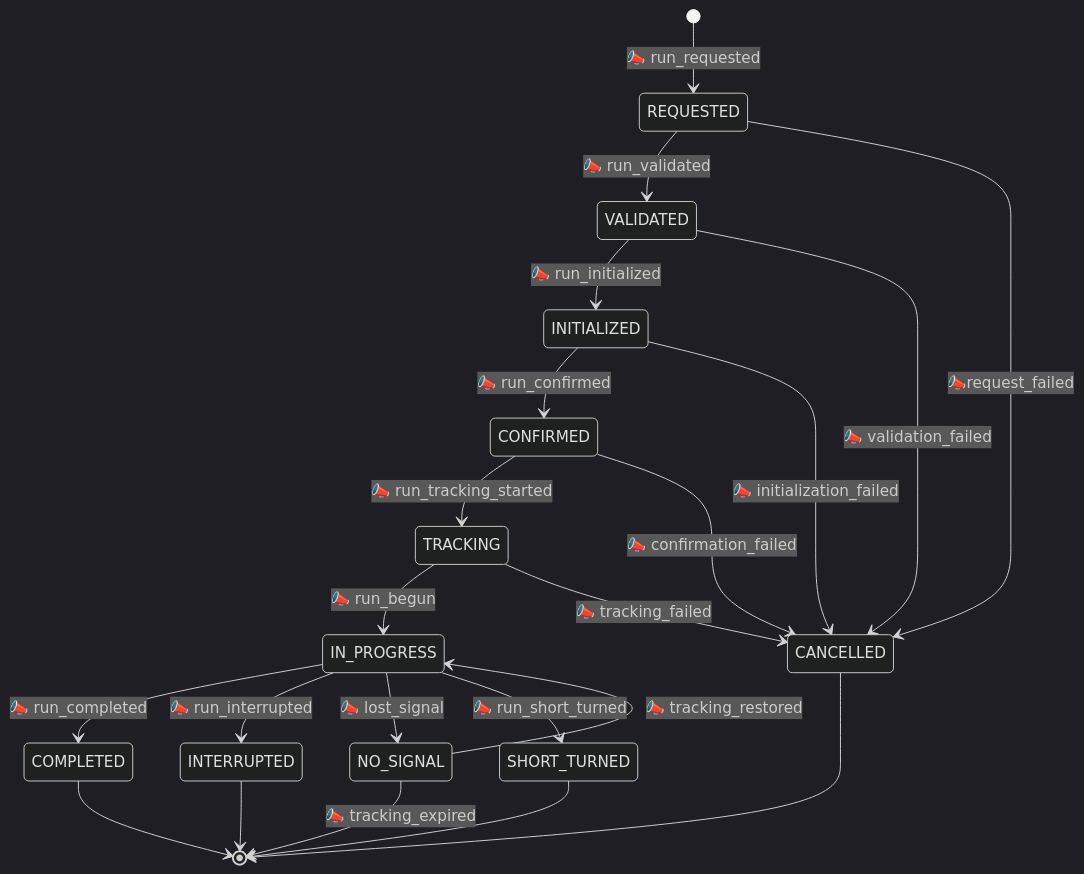
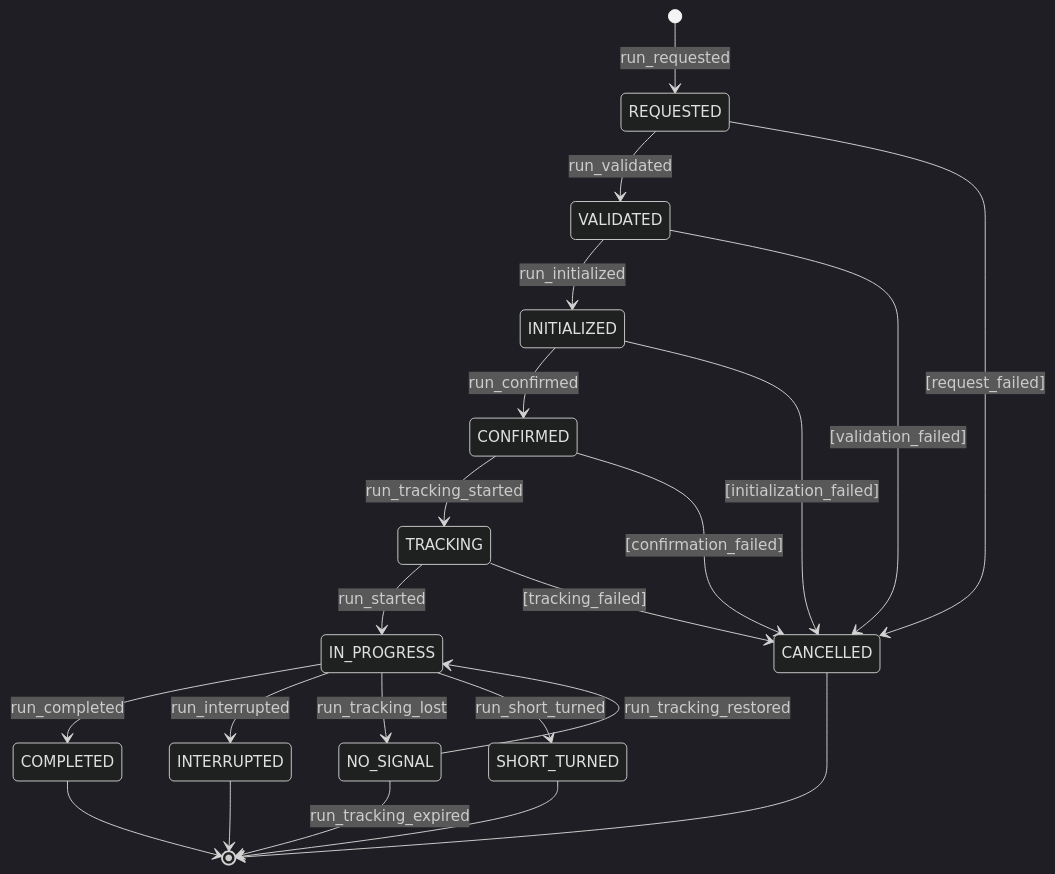
Before and after one commit to simovilab/databus: the diagram in docs/content/processes/run-lifecycle.md, drawn with Mermaid (dark theme). The commit also changed 1 other file, not shown here.

Commit message:
refactor: remove debug print statement from event processing and update state diagram labels for clarity

````diff
--- a/docs/content/processes/run-lifecycle.md
+++ b/docs/content/processes/run-lifecycle.md
@@ -9,24 +9,24 @@
 ```mermaid
 stateDiagram-v2
-    [*] --> REQUESTED : 📣 run_requested
-    REQUESTED --> VALIDATED : 📣 run_validated
-    REQUESTED --> CANCELLED : 📣request_failed
-    VALIDATED --> INITIALIZED : 📣 run_initialized
-    VALIDATED --> CANCELLED : 📣 validation_failed
-    INITIALIZED --> CONFIRMED : 📣 run_confirmed
-    INITIALIZED --> CANCELLED : 📣 initialization_failed
-    CONFIRMED --> TRACKING : 📣 run_tracking_started
-    CONFIRMED --> CANCELLED : 📣 confirmation_failed
-    TRACKING --> IN_PROGRESS : 📣 run_begun
-    TRACKING --> CANCELLED : 📣 tracking_failed
-    IN_PROGRESS --> COMPLETED : 📣 run_completed
-    IN_PROGRESS --> INTERRUPTED : 📣 run_interrupted
-    IN_PROGRESS --> NO_SIGNAL : 📣 lost_signal
-    IN_PROGRESS --> SHORT_TURNED : 📣 run_short_turned
-    NO_SIGNAL --> IN_PROGRESS : 📣 tracking_restored
-    NO_SIGNAL --> [*] : 📣 tracking_expired
+    [*] --> REQUESTED : run_requested
+    REQUESTED --> VALIDATED : run_validated
+    REQUESTED --> CANCELLED : [request_failed]
+    VALIDATED --> INITIALIZED : run_initialized
+    VALIDATED --> CANCELLED : [validation_failed]
+    INITIALIZED --> CONFIRMED : run_confirmed
+    INITIALIZED --> CANCELLED : [initialization_failed]
+    CONFIRMED --> TRACKING : run_tracking_started
+    CONFIRMED --> CANCELLED : [confirmation_failed]
+    TRACKING --> IN_PROGRESS : run_started
+    TRACKING --> CANCELLED : [tracking_failed]
+    IN_PROGRESS --> COMPLETED : run_completed
+    IN_PROGRESS --> INTERRUPTED : run_interrupted
+    IN_PROGRESS --> NO_SIGNAL : run_tracking_lost
+    IN_PROGRESS --> SHORT_TURNED : run_short_turned
+    NO_SIGNAL --> IN_PROGRESS : run_tracking_restored
+    NO_SIGNAL --> [*] : run_tracking_expired
     COMPLETED --> [*]
     INTERRUPTED --> [*]
     CANCELLED --> [*]
     SHORT_TURNED --> [*]
 ```
````
